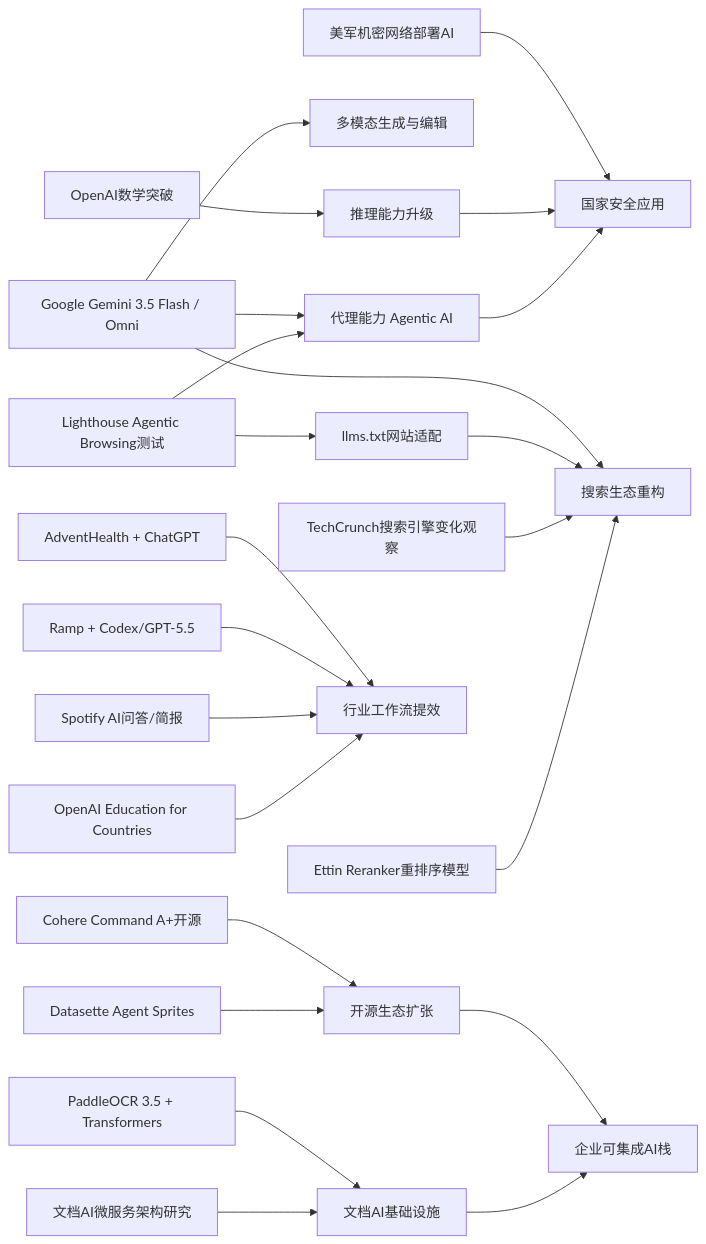
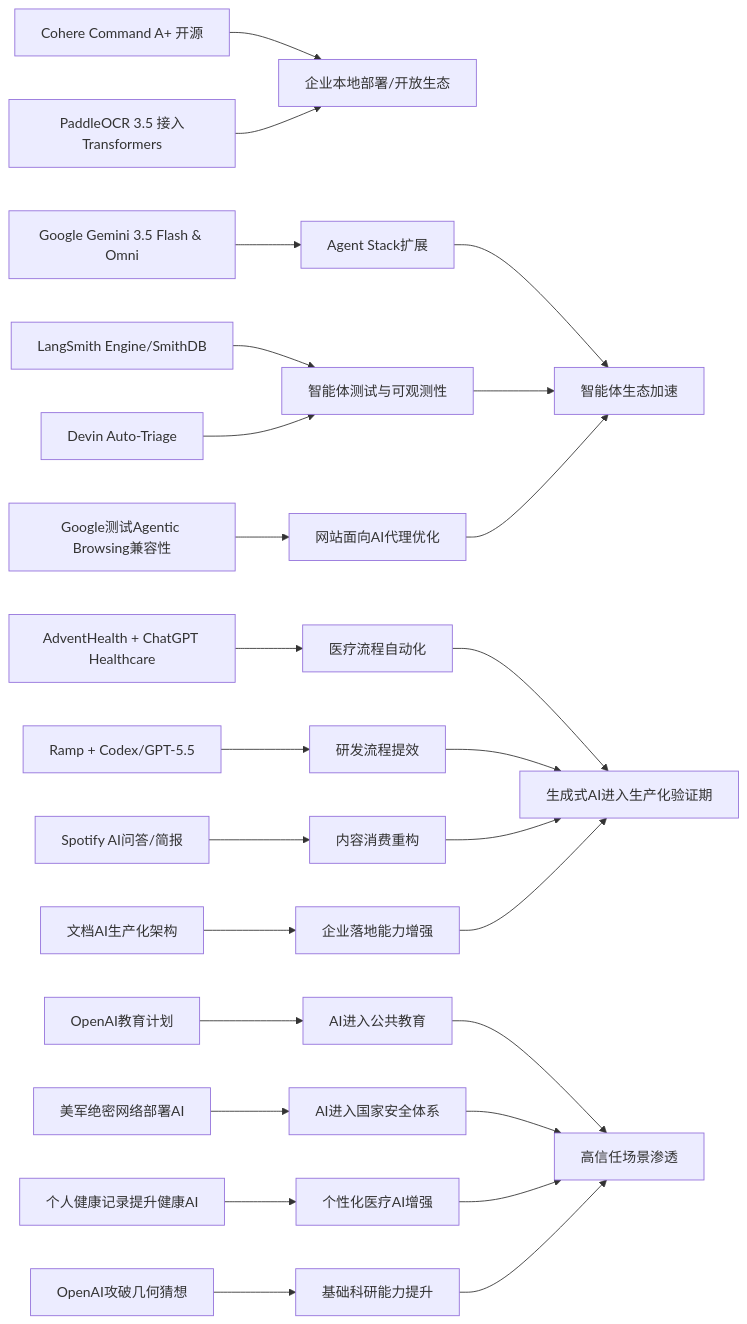
Before and after one commit to zhuxinfei/ai-daily-site: the diagram in content/cn/2026/2026-05/2026-05-21.md, drawn with Mermaid. The commit also changed other lines of this file, not shown here.

````diff
--- a/content/cn/2026/2026-05/2026-05-21.md
+++ b/content/cn/2026/2026-05/2026-05-21.md
@@ -110,30 +110,31 @@
 ```mermaid
 graph LR
-    A[Google Gemini 3.5 Flash / Omni] --> B[代理能力 Agentic AI]
-    A --> C[多模态生成与编辑]
-    A --> D[搜索生态重构]
+    A[Cohere Command A+ 开源] --> B[企业本地部署/开放生态]
+    C[Google Gemini 3.5 Flash & Omni] --> D[Agent Stack扩展]
+    E[PaddleOCR 3.5 接入Transformers] --> B
+    D --> F[智能体生态加速]
 
-    E[Lighthouse Agentic Browsing测试] --> B
-    E --> F[llms.txt网站适配]
-    F --> D
+    G[LangSmith Engine/SmithDB] --> H[智能体测试与可观测性]
+    I[Devin Auto-Triage] --> H
+    J[Google测试Agentic Browsing兼容性] --> K[网站面向AI代理优化]
+    H --> F
+    K --> F
 
-    G[TechCrunch搜索引擎变化观察] --> D
-    H[Ettin Reranker重排序模型] --> D
+    L[AdventHealth + ChatGPT Healthcare] --> M[医疗流程自动化]
+    N[Ramp + Codex/GPT-5.5] --> O[研发流程提效]
+    P[Spotify AI问答/简报] --> Q[内容消费重构]
+    R[文档AI生产化架构] --> S[企业落地能力增强]
+    M --> T[生成式AI进入生产化验证期]
+    O --> T
+    Q --> T
+    S --> T
 
-    I[Cohere Command A+开源] --> J[开源生态扩张]
-    K[Datasette Agent Sprites] --> J
-    L[PaddleOCR 3.5 + Transformers] --> M[文档AI基础设施]
-    N[文档AI微服务架构研究] --> M
-    J --> O[企业可集成AI栈]
-    M --> O
-
-    P[AdventHealth + ChatGPT] --> Q[行业工作流提效]
-    R[Ramp + Codex/GPT-5.5] --> Q
-    S[Spotify AI问答/简报] --> Q
-    T[OpenAI Education for Countries] --> Q
-
-    U[OpenAI数学突破] --> V[推理能力升级]
-    W[美军机密网络部署AI] --> X[国家安全应用]
-    V --> X
-    B --> X
+    U[OpenAI教育计划] --> V[AI进入公共教育]
+    W[美军绝密网络部署AI] --> X[AI进入国家安全体系]
+    Y[个人健康记录提升健康AI] --> Z[个性化医疗AI增强]
+    AA[OpenAI攻破几何猜想] --> AB[基础科研能力提升]
+    V --> AC[高信任场景渗透]
+    X --> AC
+    Z --> AC
+    AB --> AC
 ```
````
